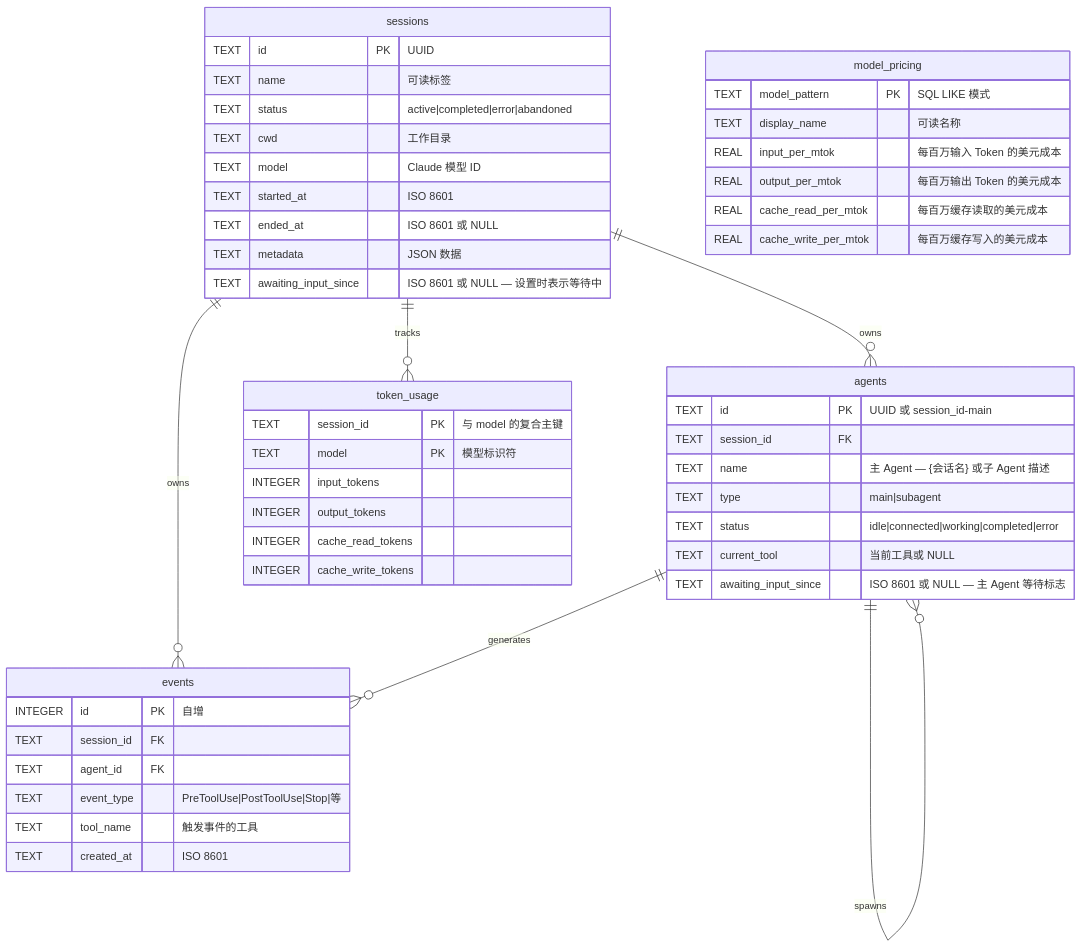
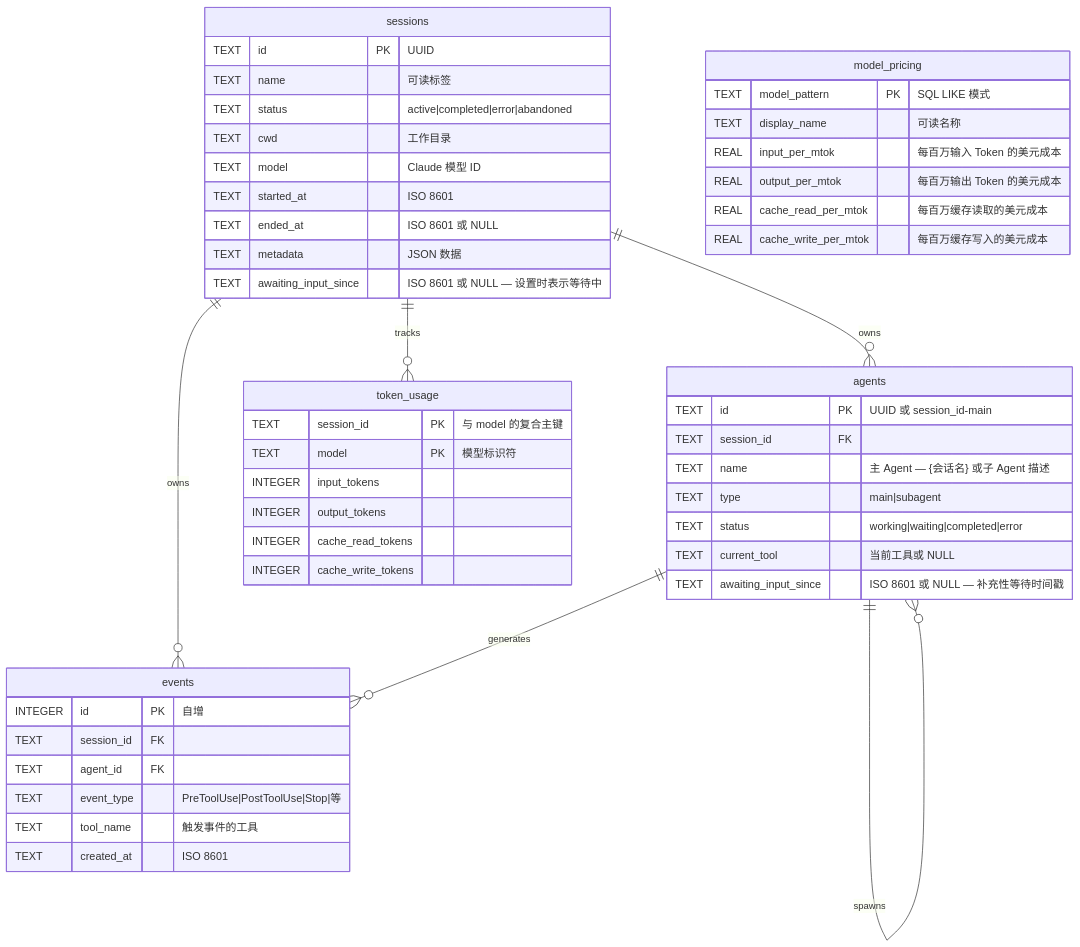
Diagram 15 of 21 in README-CN.md (StrainReviews/Claude-Code-Agent-Monitor), drawn with Mermaid before and after one commit. The commit also changed other lines of this file and 32 other files, not shown here.

Commit message:
feat(agent-status): replace 'idle' and 'connected' statuses with 'waiting' and update related logic & enhance error tracking across agents and sections

````diff
--- a/README-CN.md
+++ b/README-CN.md
@@ -1102,57 +1103,57 @@
 ```mermaid
 erDiagram
     sessions ||--o{ agents : owns
     sessions ||--o{ events : owns
     sessions ||--o{ token_usage : tracks
     agents ||--o{ events : generates
     agents ||--o{ agents : spawns
 
     sessions {
         TEXT id PK "UUID"
         TEXT name "可读标签"
         TEXT status "active|completed|error|abandoned"
         TEXT cwd "工作目录"
         TEXT model "Claude 模型 ID"
         TEXT started_at "ISO 8601"
         TEXT ended_at "ISO 8601 或 NULL"
         TEXT metadata "JSON 数据"
         TEXT awaiting_input_since "ISO 8601 或 NULL — 设置时表示等待中"
     }
 
     agents {
         TEXT id PK "UUID 或 session_id-main"
         TEXT session_id FK
         TEXT name "主 Agent — {会话名} 或子 Agent 描述"
         TEXT type "main|subagent"
-        TEXT status "idle|connected|working|completed|error"
+        TEXT status "working|waiting|completed|error"
         TEXT current_tool "当前工具或 NULL"
-        TEXT awaiting_input_since "ISO 8601 或 NULL — 主 Agent 等待标志"
+        TEXT awaiting_input_since "ISO 8601 或 NULL — 补充性等待时间戳"
     }
 
     events {
         INTEGER id PK "自增"
         TEXT session_id FK
         TEXT agent_id FK
         TEXT event_type "PreToolUse|PostToolUse|Stop|等"
         TEXT tool_name "触发事件的工具"
         TEXT created_at "ISO 8601"
     }
 
     token_usage {
         TEXT session_id PK "与 model 的复合主键"
         TEXT model PK "模型标识符"
         INTEGER input_tokens
         INTEGER output_tokens
         INTEGER cache_read_tokens
         INTEGER cache_write_tokens
     }
 
     model_pricing {
         TEXT model_pattern PK "SQL LIKE 模式"
         TEXT display_name "可读名称"
         REAL input_per_mtok "每百万输入 Token 的美元成本"
         REAL output_per_mtok "每百万输出 Token 的美元成本"
         REAL cache_read_per_mtok "每百万缓存读取的美元成本"
         REAL cache_write_per_mtok "每百万缓存写入的美元成本"
     }
 ```
````
